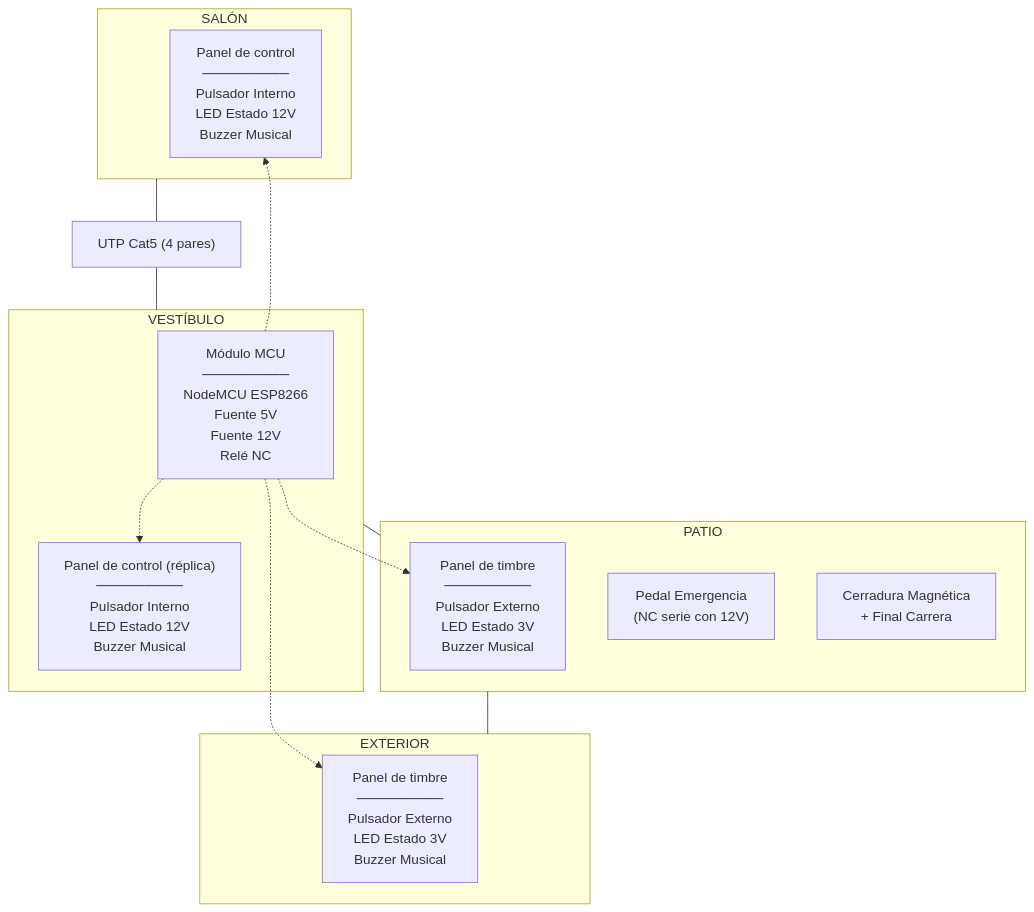
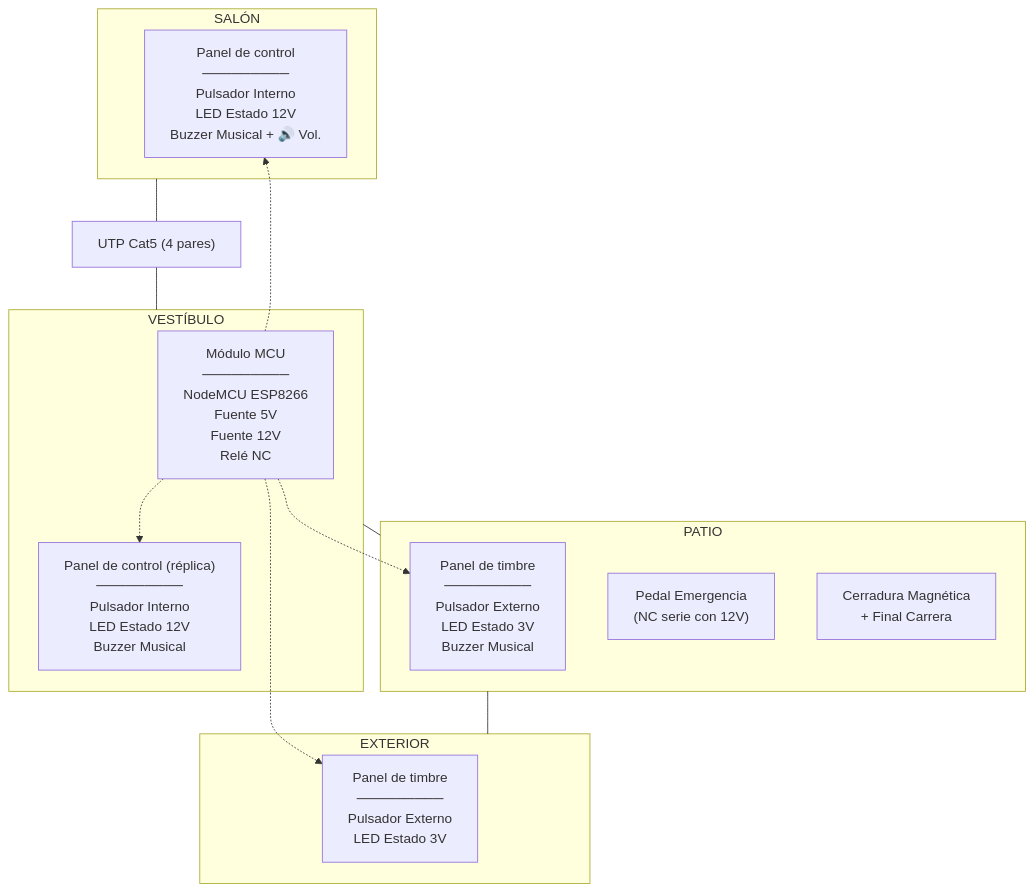
Before and after one commit to abelbour/Abrepuertas: the first of 9 diagrams in SYSTEM_DEFINITION.md, drawn with Mermaid. The commit also changed other lines of this file, not shown here.

First line of the commit message:
buzzer: solo salón (con pot), vestíbulo y patio; exterior sin buzzer

````diff
--- a/SYSTEM_DEFINITION.md
+++ b/SYSTEM_DEFINITION.md
@@ -11,30 +11,30 @@
 ```mermaid
 flowchart TB
     subgraph Salon["SALÓN"]
-        SPanel["Panel de control<br/>─────────<br/>Pulsador Interno<br/>LED Estado 12V<br/>Buzzer Musical"]
+        SPanel["Panel de control<br/>─────────<br/>Pulsador Interno<br/>LED Estado 12V<br/>Buzzer Musical + 🔊 Vol."]
     end
 
     subgraph Vestibulo["VESTÍBULO"]
         MCU["Módulo MCU<br/>─────────<br/>NodeMCU ESP8266<br/>Fuente 5V<br/>Fuente 12V<br/>Relé NC"]
         VPanel["Panel de control (réplica)<br/>─────────<br/>Pulsador Interno<br/>LED Estado 12V<br/>Buzzer Musical"]
     end
 
     subgraph Patio["PATIO"]
         PPanel["Panel de timbre<br/>─────────<br/>Pulsador Externo<br/>LED Estado 3V<br/>Buzzer Musical"]
         Pedal["Pedal Emergencia<br/>(NC serie con 12V)"]
         Lock["Cerradura Magnética<br/>+ Final Carrera"]
     end
 
     subgraph Exterior["EXTERIOR"]
-        EPanel["Panel de timbre<br/>─────────<br/>Pulsador Externo<br/>LED Estado 3V<br/>Buzzer Musical"]
+        EPanel["Panel de timbre<br/>─────────<br/>Pulsador Externo<br/>LED Estado 3V"]
     end
 
     Salon --- UTP["UTP Cat5 (4 pares)"] --- Vestibulo
     Vestibulo --- Patio
     Patio --- Exterior
 
     MCU -.-> VPanel
     MCU -.-> SPanel
     MCU -.-> PPanel
     MCU -.-> EPanel
 ```
````
